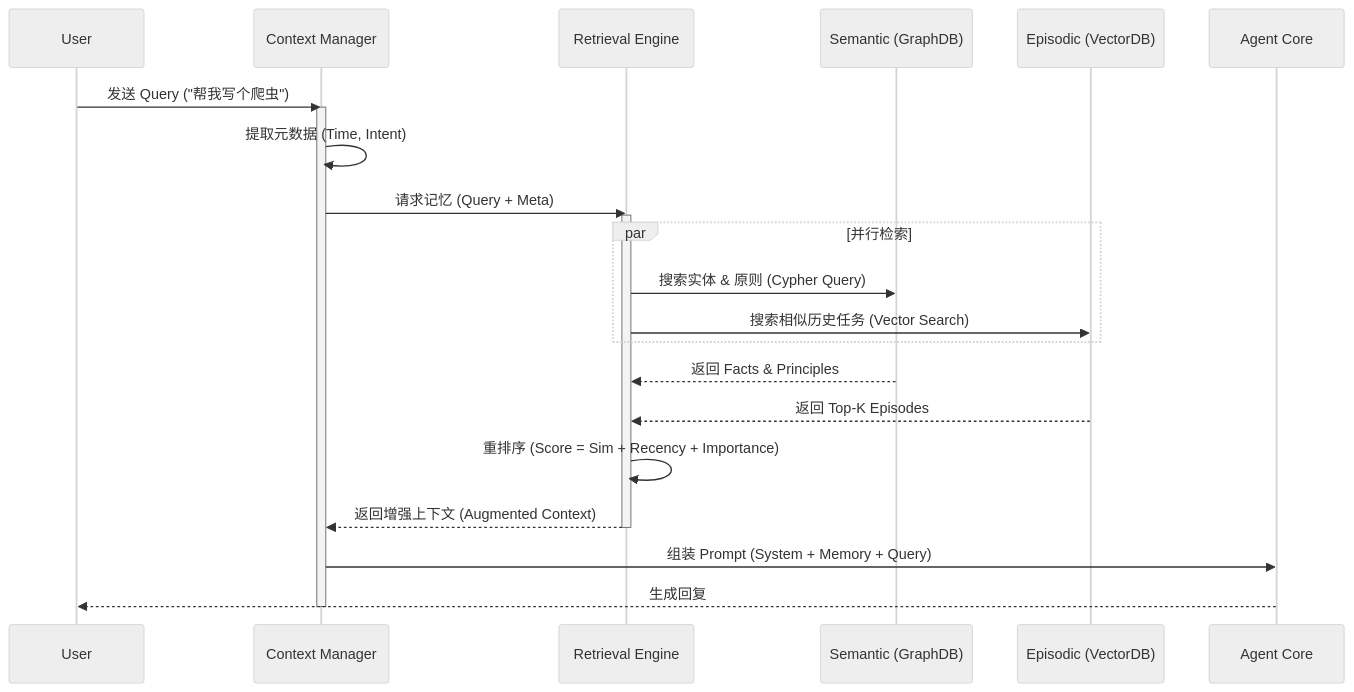
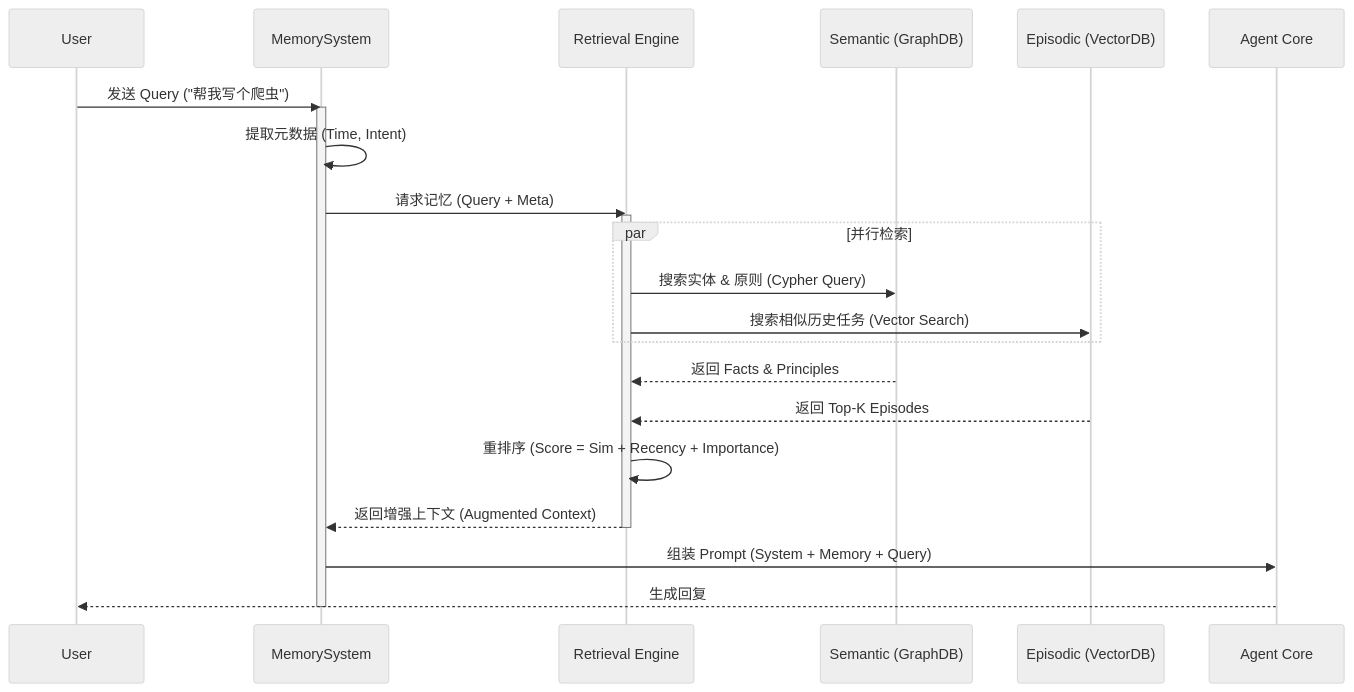
Before and after one commit to Lincyaw/h-mem: the first of 5 diagrams in docs/workflows.md, drawn with Mermaid (neutral theme). The commit also changed other lines of this file and 15 other files, not shown here.

````diff
--- a/docs/workflows.md
+++ b/docs/workflows.md
@@ -15,32 +15,32 @@
 ```mermaid
 sequenceDiagram  
     participant U as User  
-    participant CM as Context Manager  
+    participant MS as MemorySystem  
     participant RE as Retrieval Engine  
     participant GDB as Semantic (GraphDB)  
     participant VDB as Episodic (VectorDB)  
     participant LLM as Agent Core
 
-    U->>CM: 发送 Query ("帮我写个爬虫")  
-    activate CM  
-    CM->>CM: 提取元数据 (Time, Intent)  
+    U->>MS: 发送 Query ("帮我写个爬虫")  
+    activate MS  
+    MS->>MS: 提取元数据 (Time, Intent)  
       
-    CM->>RE: 请求记忆 (Query + Meta)  
+    MS->>RE: 请求记忆 (Query + Meta)  
     activate RE  
       
     par 并行检索  
         RE->>GDB: 搜索实体 & 原则 (Cypher Query)  
         RE->>VDB: 搜索相似历史任务 (Vector Search)  
     end  
       
     GDB-->>RE: 返回 Facts & Principles  
     VDB-->>RE: 返回 Top-K Episodes  
       
     RE->>RE: 重排序 (Score = Sim + Recency + Importance)  
-    RE-->>CM: 返回增强上下文 (Augmented Context)  
+    RE-->>MS: 返回增强上下文 (Augmented Context)  
     deactivate RE  
       
-    CM->>LLM: 组装 Prompt (System + Memory + Query)  
+    MS->>LLM: 组装 Prompt (System + Memory + Query)  
     LLM-->>U: 生成回复  
-    deactivate CM
+    deactivate MS
 ```
````
